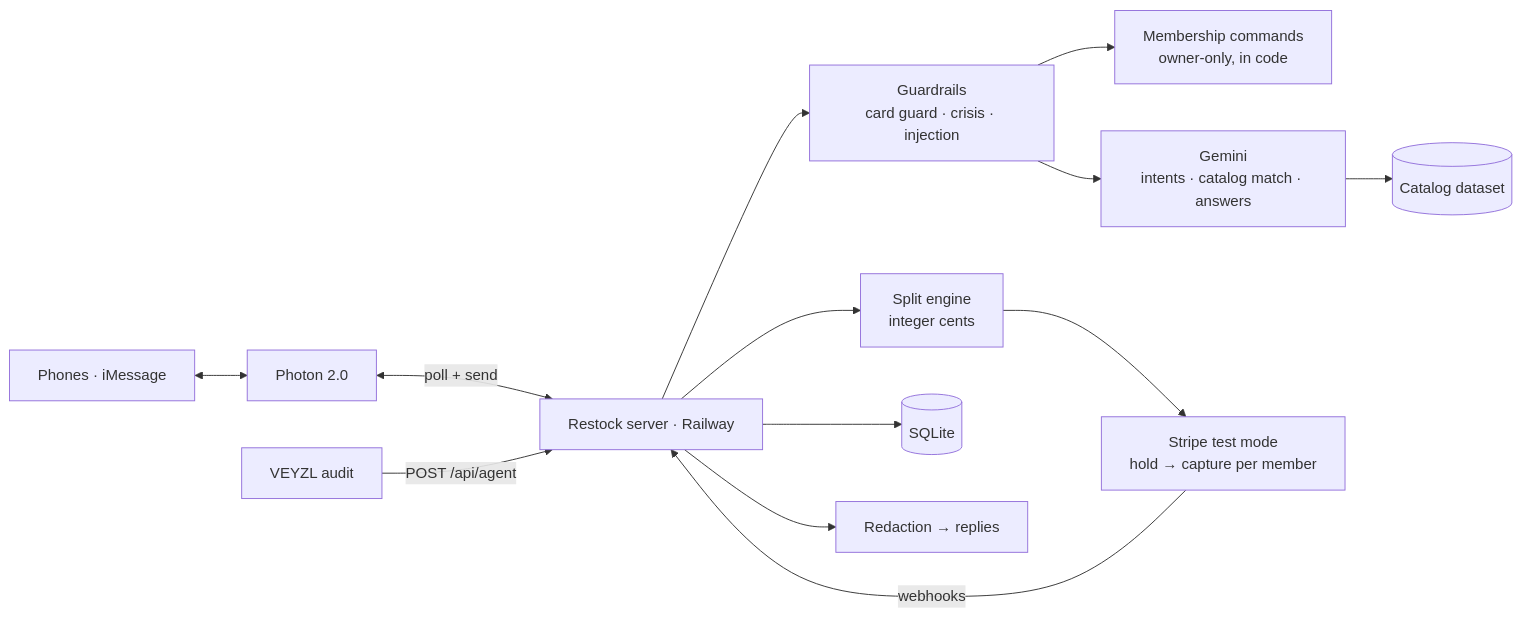
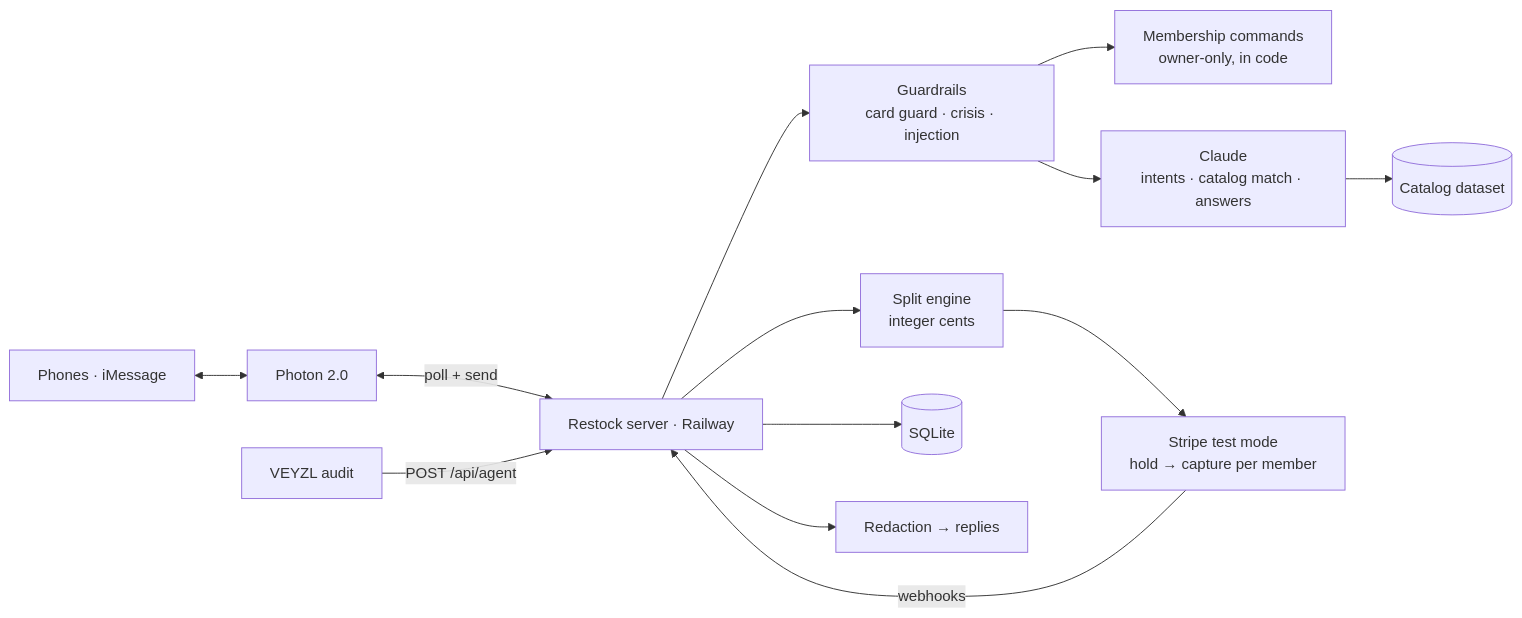
Before and after one commit to aknotwell/ReStock: the diagram in README.md, drawn with Mermaid. The commit also changed other lines of this file and 22 other files, not shown here.

````diff
--- a/README.md
+++ b/README.md
@@ -147,15 +147,15 @@
 ```mermaid
 flowchart LR
   P[Phones · iMessage] <--> PH[Photon 2.0]
   PH <-->|poll + send| S[Restock server · Railway]
   S --> G[Guardrails<br/>card guard · crisis · injection]
   G --> M[Membership commands<br/>owner-only, in code]
-  G --> AI[Gemini<br/>intents · catalog match · answers]
+  G --> AI[Claude<br/>intents · catalog match · answers]
   AI --> C[(Catalog dataset)]
   S --> SP[Split engine<br/>integer cents]
   SP --> ST[Stripe test mode<br/>hold → capture per member]
   ST -->|webhooks| S
   S --> DB[(SQLite)]
   S --> R[Redaction → replies]
   V[VEYZL audit] -->|POST /api/agent| S
 ```
````
